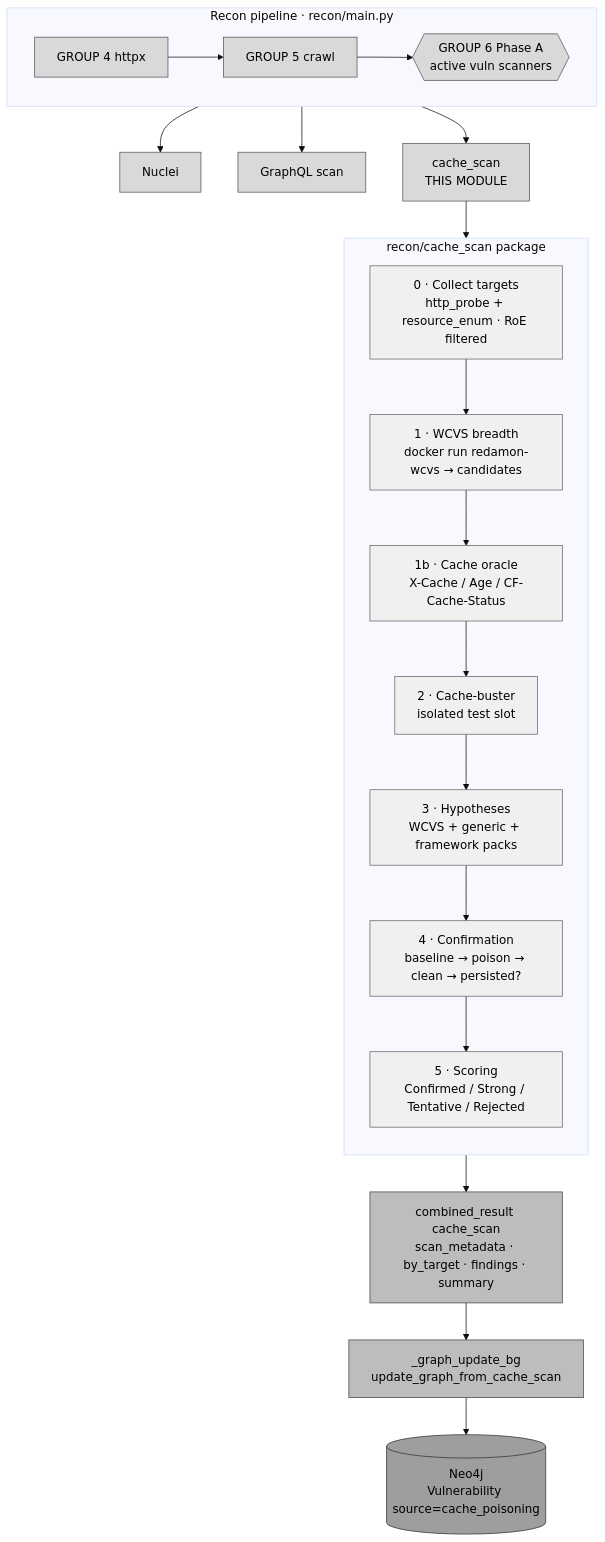
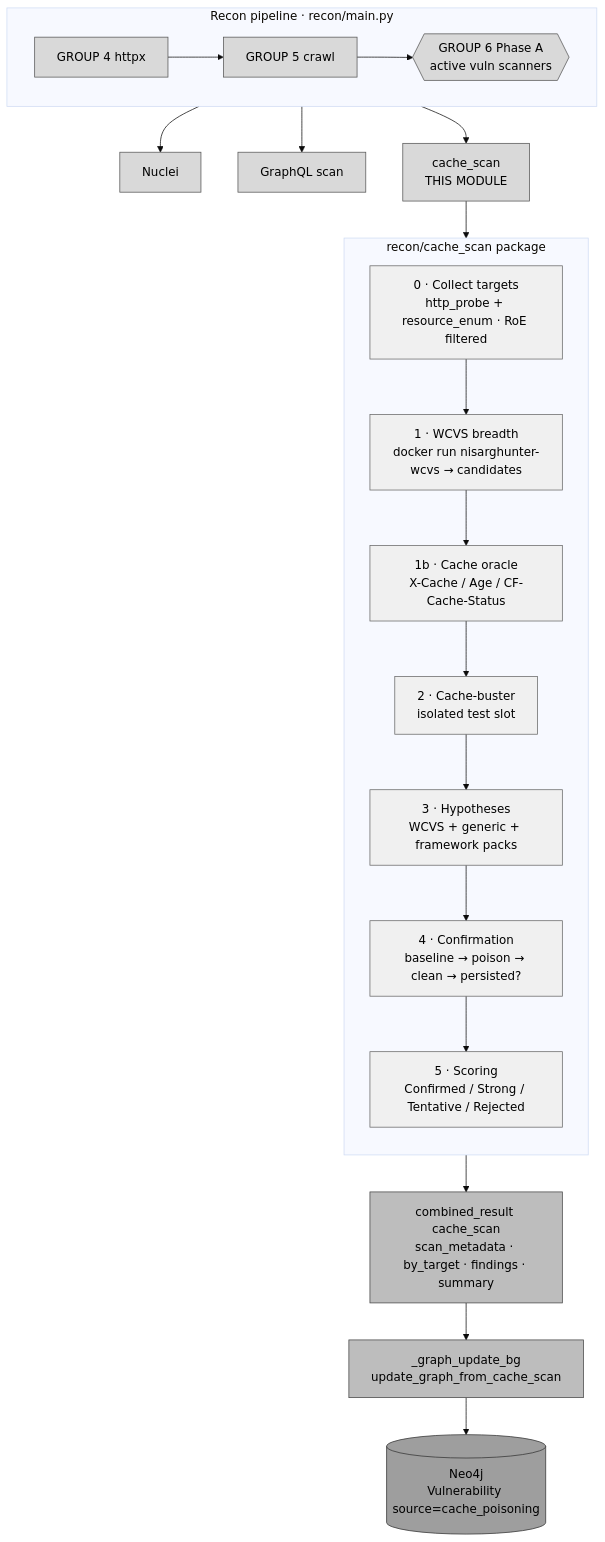
Before and after one commit to NisargDedakiya/DNM-hunter: the first of 11 diagrams in readmes/README.WCP_RECON_MODULE.md, drawn with Mermaid (base theme). The commit also changed other lines of this file and 389 other files, not shown here.

First line of the commit message:
Rebrand RedAmon to NisargHunter AI (Phase 00 of v2.0 roadmap)

````diff
--- a/readmes/README.WCP_RECON_MODULE.md
+++ b/readmes/README.WCP_RECON_MODULE.md
@@ -33,36 +33,36 @@
 ```mermaid
 flowchart TD
     subgraph PIPE["Recon pipeline · recon/main.py"]
         direction LR
         G4["GROUP 4 httpx"] --> G5["GROUP 5 crawl"] --> G6{{"GROUP 6 Phase A<br/>active vuln scanners"}}
     end
     G6 --> NU["Nuclei"]
     G6 --> GQ["GraphQL scan"]
     G6 --> CS["cache_scan<br/>THIS MODULE"]
 
     subgraph MOD["recon/cache_scan package"]
         direction TB
         S0["0 · Collect targets<br/>http_probe + resource_enum · RoE filtered"]
-        S1["1 · WCVS breadth<br/>docker run redamon-wcvs → candidates"]
+        S1["1 · WCVS breadth<br/>docker run nisarghunter-wcvs → candidates"]
         S1b["1b · Cache oracle<br/>X-Cache / Age / CF-Cache-Status"]
         S2["2 · Cache-buster<br/>isolated test slot"]
         S3["3 · Hypotheses<br/>WCVS + generic + framework packs"]
         S4["4 · Confirmation<br/>baseline → poison → clean → persisted?"]
         S5["5 · Scoring<br/>Confirmed / Strong / Tentative / Rejected"]
         S0 --> S1 --> S1b --> S2 --> S3 --> S4 --> S5
     end
 
     CS --> MOD
     S5 --> OUT["combined_result cache_scan<br/>scan_metadata · by_target · findings · summary"]
     OUT --> GW["_graph_update_bg<br/>update_graph_from_cache_scan"]
     GW --> NEO[("Neo4j<br/>Vulnerability source=cache_poisoning")]
 
     classDef pipe fill:#d9d9d9,stroke:#555,color:#000
     classDef mod fill:#f0f0f0,stroke:#666,color:#000
     classDef out fill:#bdbdbd,stroke:#444,color:#000
     classDef store fill:#9e9e9e,stroke:#333,color:#000
     class G4,G5,G6,NU,GQ,CS pipe
     class S0,S1,S1b,S2,S3,S4,S5 mod
     class OUT,GW out
     class NEO store
 ```
````
